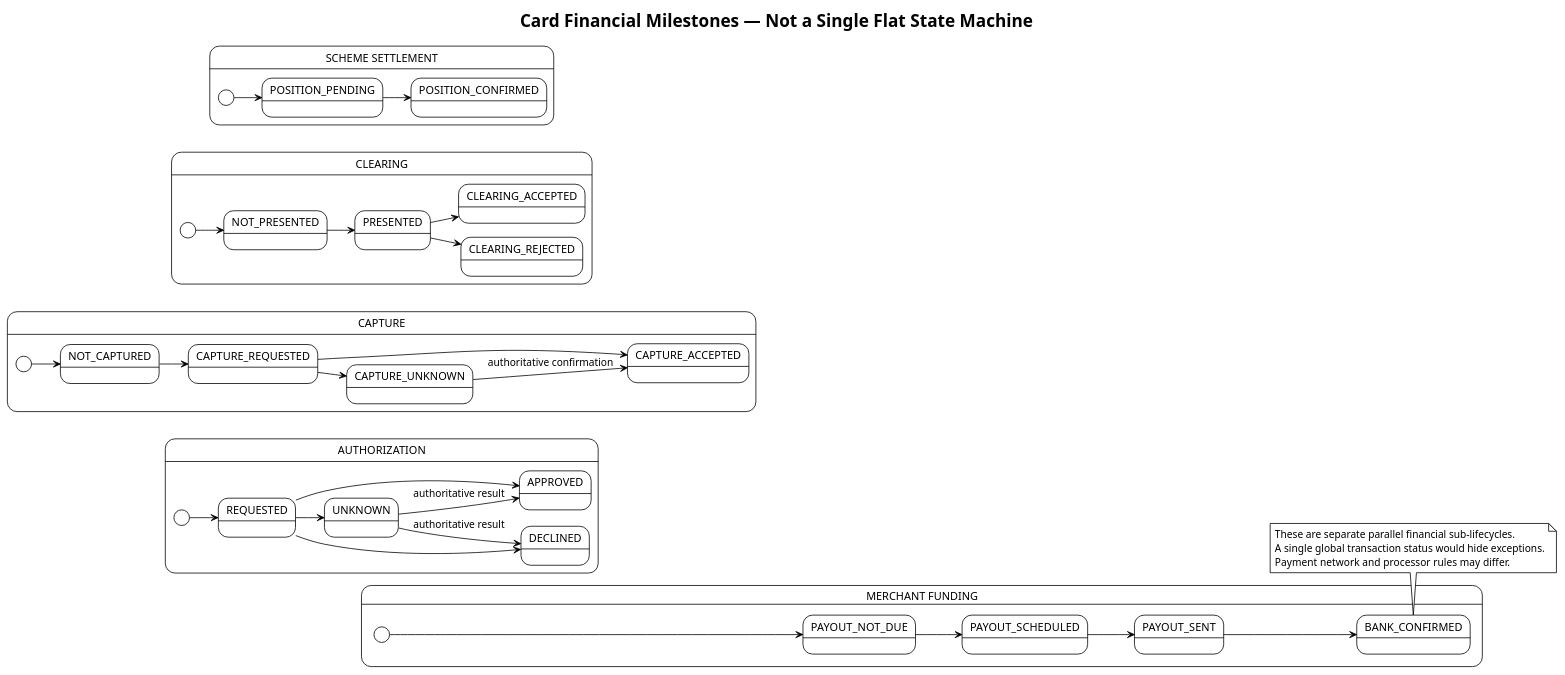
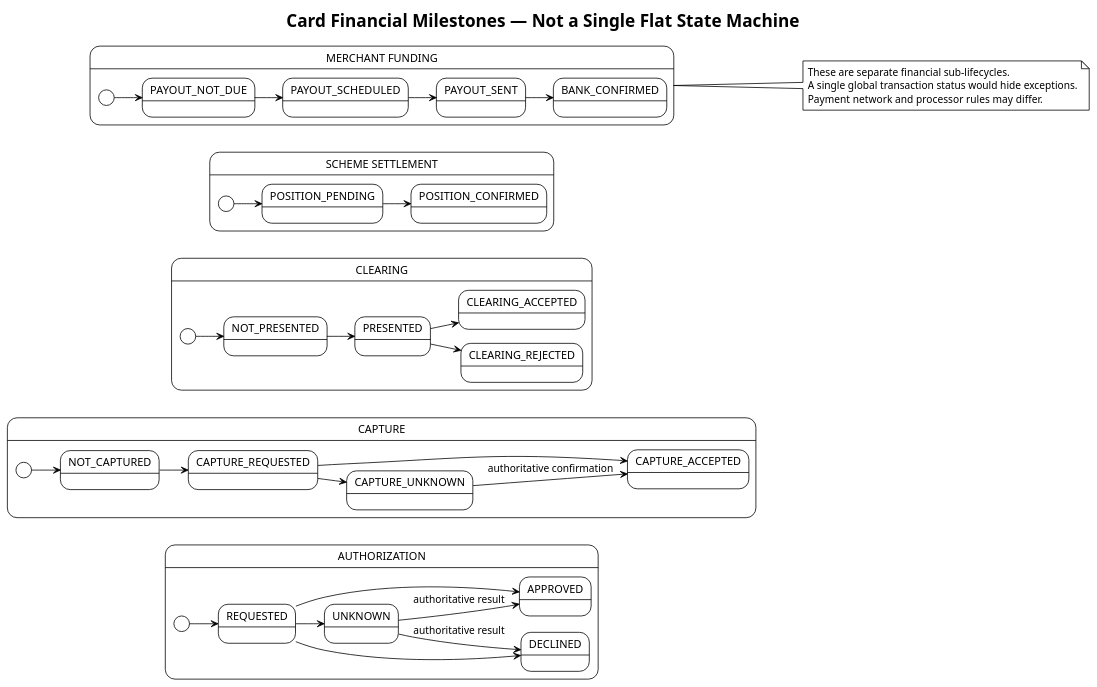
The diagram in diagrams/clearing-lifecycle-state.puml (SergeiBudnik/architecture-analysis-hub), drawn with PlantUML before and after one commit. The commit also changed 6 other files, not shown here.

Commit message:
Link clearing reference from portal, release notes and acquiring architecture

```diff
--- a/diagrams/clearing-lifecycle-state.puml
+++ b/diagrams/clearing-lifecycle-state.puml
@@ -1,47 +1,47 @@
 @startuml
 !theme plain
 title Card Financial Milestones — Not a Single Flat State Machine
 left to right direction
 
 state "AUTHORIZATION" as AUTH {
   [*] --> REQUESTED
   REQUESTED --> APPROVED
   REQUESTED --> DECLINED
   REQUESTED --> UNKNOWN
   UNKNOWN --> APPROVED : authoritative result
   UNKNOWN --> DECLINED : authoritative result
 }
 
 state "CAPTURE" as CAP {
   [*] --> NOT_CAPTURED
   NOT_CAPTURED --> CAPTURE_REQUESTED
   CAPTURE_REQUESTED --> CAPTURE_ACCEPTED
   CAPTURE_REQUESTED --> CAPTURE_UNKNOWN
   CAPTURE_UNKNOWN --> CAPTURE_ACCEPTED : authoritative confirmation
 }
 
 state "CLEARING" as CLR {
   [*] --> NOT_PRESENTED
   NOT_PRESENTED --> PRESENTED
   PRESENTED --> CLEARING_ACCEPTED
   PRESENTED --> CLEARING_REJECTED
 }
 
 state "SCHEME SETTLEMENT" as SET {
   [*] --> POSITION_PENDING
   POSITION_PENDING --> POSITION_CONFIRMED
 }
 
 state "MERCHANT FUNDING" as FUND {
   [*] --> PAYOUT_NOT_DUE
   PAYOUT_NOT_DUE --> PAYOUT_SCHEDULED
   PAYOUT_SCHEDULED --> PAYOUT_SENT
   PAYOUT_SENT --> BANK_CONFIRMED
 }
 
-note bottom
-These are separate parallel financial sub-lifecycles.
+note right of FUND
+These are separate financial sub-lifecycles.
 A single global transaction status would hide exceptions.
 Payment network and processor rules may differ.
 end note
 @enduml
```
